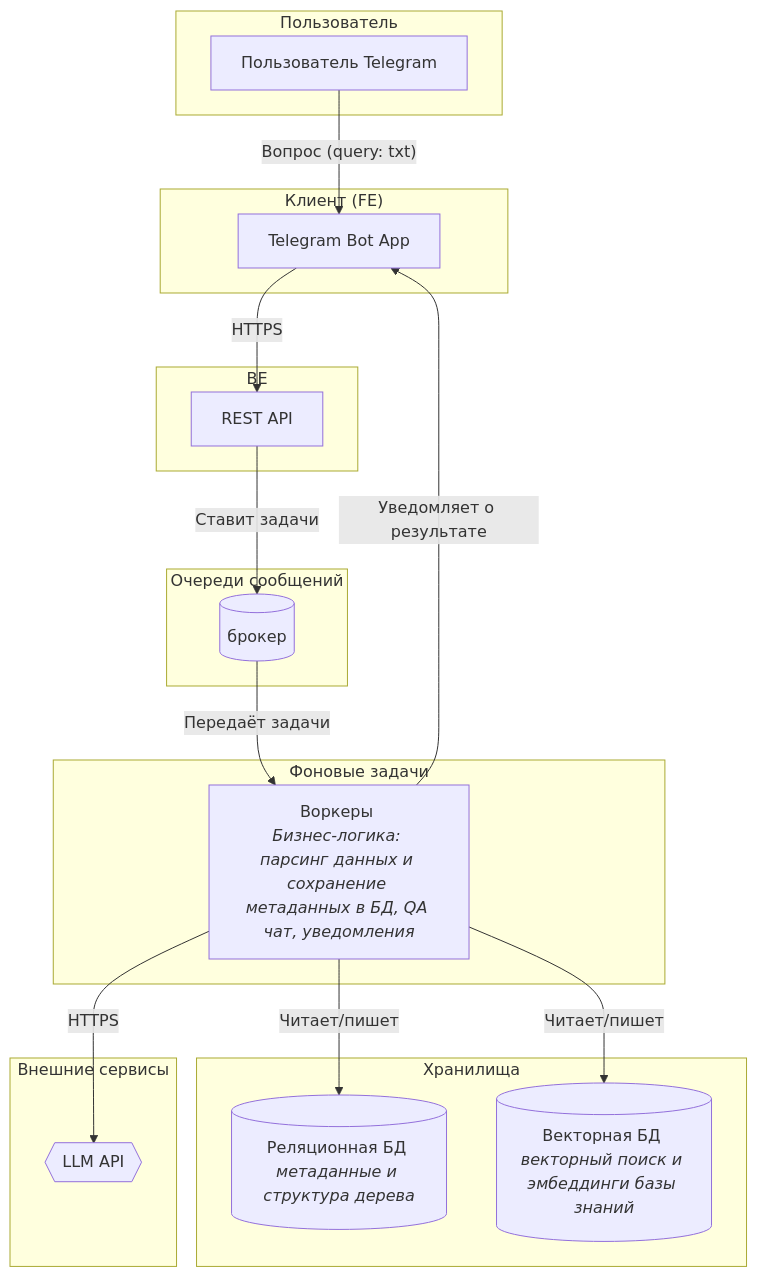
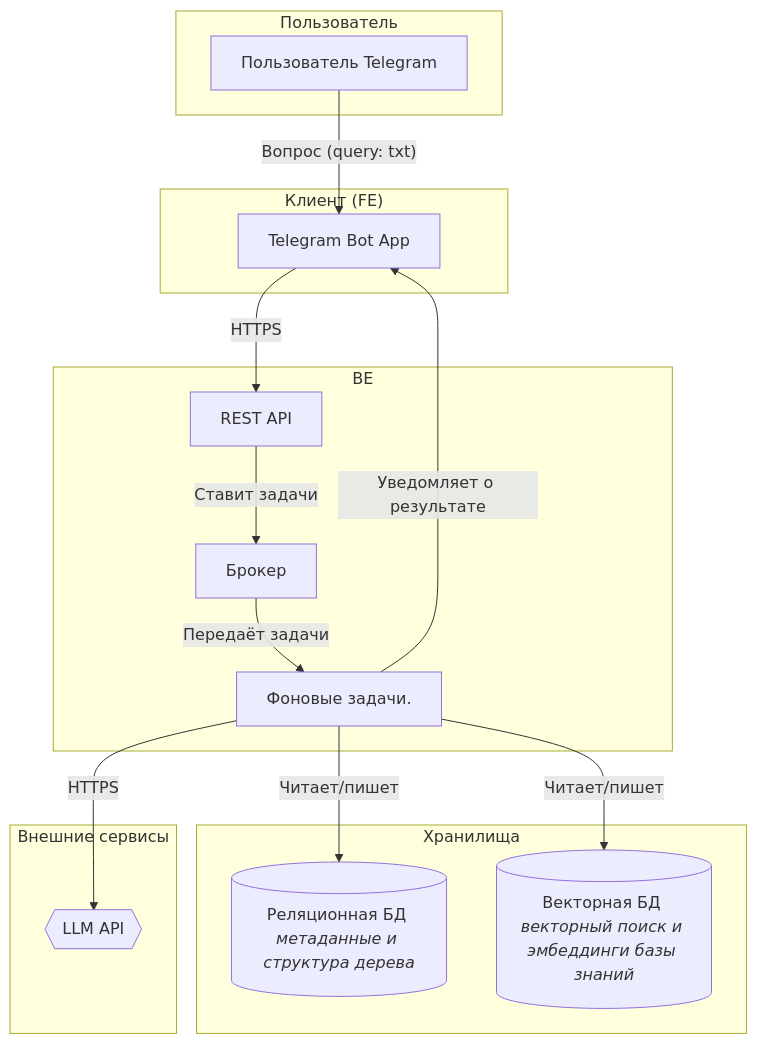
One commit to patolog123/Analyst-3.0 changed the diagram in Анастасия_Друзьянова/architect.MD. Above: the diagram before and after it, drawn with Mermaid.

````diff
--- a/Анастасия_Друзьянова/architect.MD
+++ b/Анастасия_Друзьянова/architect.MD
@@ -1,41 +1,35 @@
 ```mermaid
 graph TD
     subgraph "Пользователь"
         A[Пользователь Telegram]
     end
 
     subgraph "Клиент (FE)"
         B[Telegram Bot App]
     end
 
     subgraph "BE"
         C[REST API]
-    end
-
-    subgraph "Очереди сообщений"
-        J[(брокер)]
-    end
-
-    subgraph "Фоновые задачи"
-        F[Воркеры <br><i>Бизнес-логика: парсинг данных и сохранение метаданных в БД, QA чат, уведомления</i>]
+        J[Брокер]
+        F[Фоновые задачи.]
     end
 
     subgraph "Хранилища"
         G[(Реляционная БД <br><i>метаданные и структура дерева</i>)]
         I[(Векторная БД <br><i>векторный поиск и эмбеддинги базы знаний</i>)]
     end
 
     subgraph "Внешние сервисы"
         H{{LLM API}}
     end
 
     %% Связи между компонентами
     A -- Вопрос (query: txt) --> B
     B -- HTTPS --> C
     C -- Ставит задачи --> J
     J -- Передаёт задачи --> F
     F -- HTTPS --> H
     F -- Читает/пишет --> G
     F -- Читает/пишет --> I
     F -- Уведомляет о результате --> B
 ```
````
